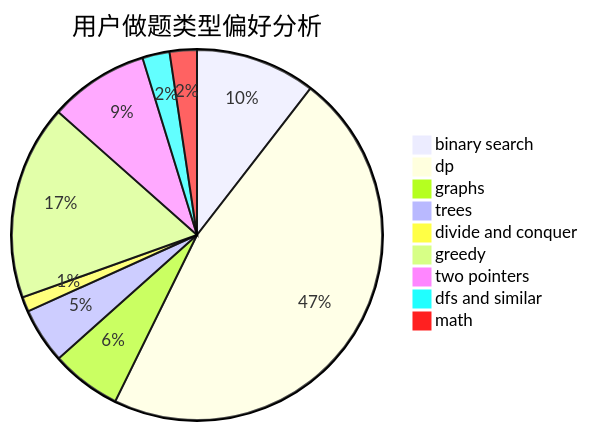
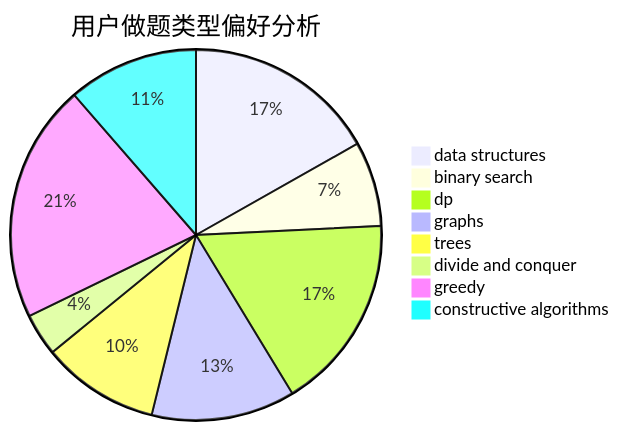
The second of 3 diagrams in docs/user/u815.md (sherpahu/cfrs.github.io), drawn with Mermaid before and after one commit. The commit also changed other lines of this file and 2775 other files, not shown here.

````diff
--- a/docs/user/u815.md
+++ b/docs/user/u815.md
@@ -23,12 +23,11 @@
 ```mermaid
 pie title 用户做题类型偏好分析
-    "binary search" :  106
-    "dp" :  473
-    "graphs" :  62
-    "trees" :  49
+    "data structures" :  59
+    "binary search" :  26
+    "dp" :  60
+    "graphs" :  44
+    "trees" :  36
     "divide and conquer" :  13
-    "greedy" :  172
-    "two pointers" :  88
-    "dfs and similar" :  24
-    "math" :  24
+    "greedy" :  73
+    "constructive algorithms" :  40
 ```
````
